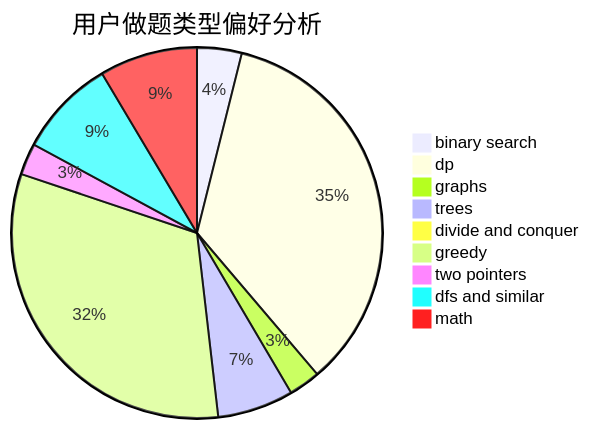
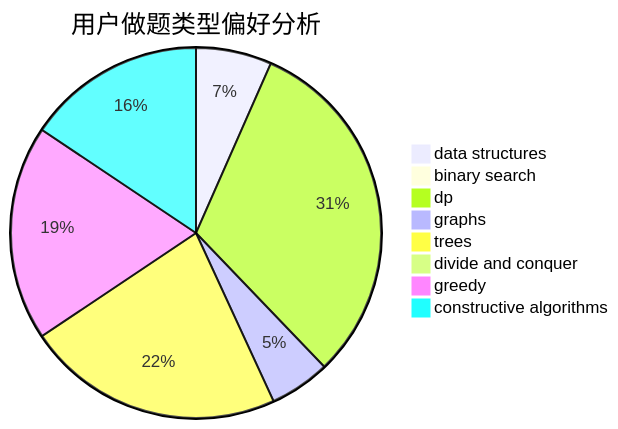
One commit to sherpahu/cfrs.github.io changed the second of 3 diagrams in docs/user/u2015.md. Above: the diagram before and after it, drawn with Mermaid. The commit also changed other lines of this file and 2775 other files, not shown here.

````diff
--- a/docs/user/u2015.md
+++ b/docs/user/u2015.md
@@ -23,12 +23,11 @@
 ```mermaid
 pie title 用户做题类型偏好分析
-    "binary search" :  51
-    "dp" :  457
-    "graphs" :  36
-    "trees" :  87
+    "data structures" :  25
+    "binary search" :  1
+    "dp" :  118
+    "graphs" :  20
+    "trees" :  85
     "divide and conquer" :  0
-    "greedy" :  419
-    "two pointers" :  36
-    "dfs and similar" :  112
-    "math" :  112
+    "greedy" :  71
+    "constructive algorithms" :  59
 ```
````
